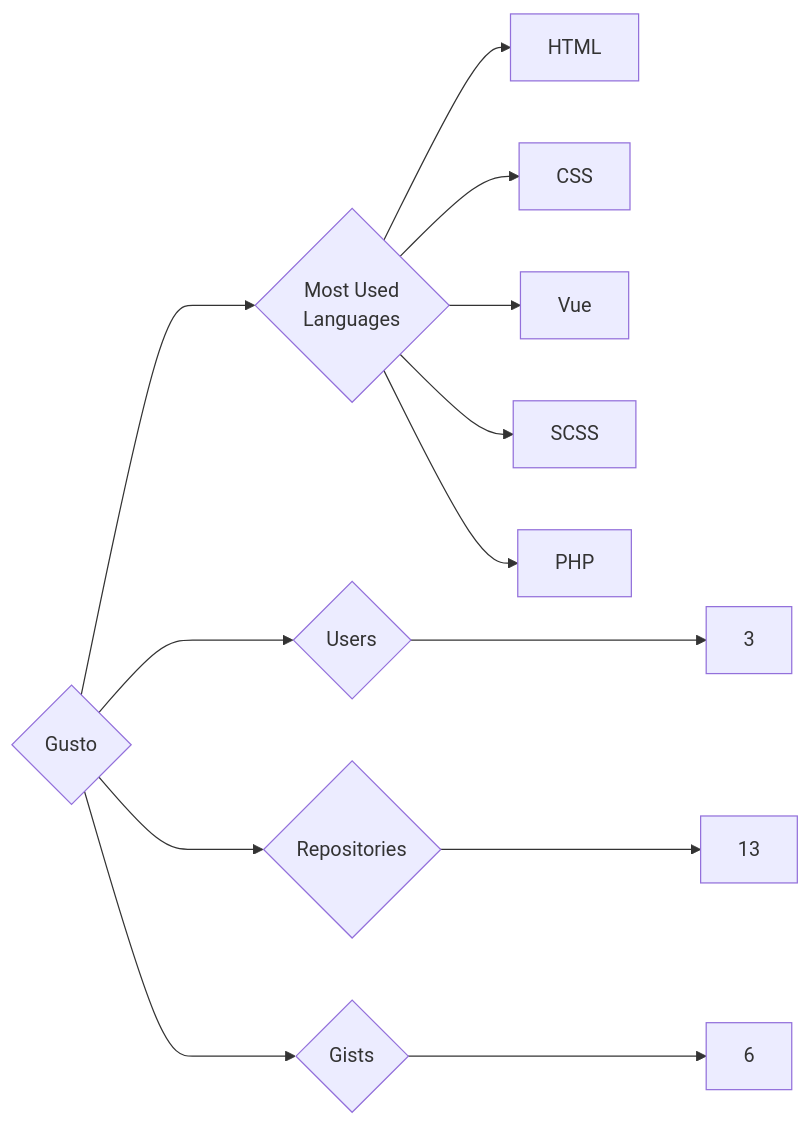
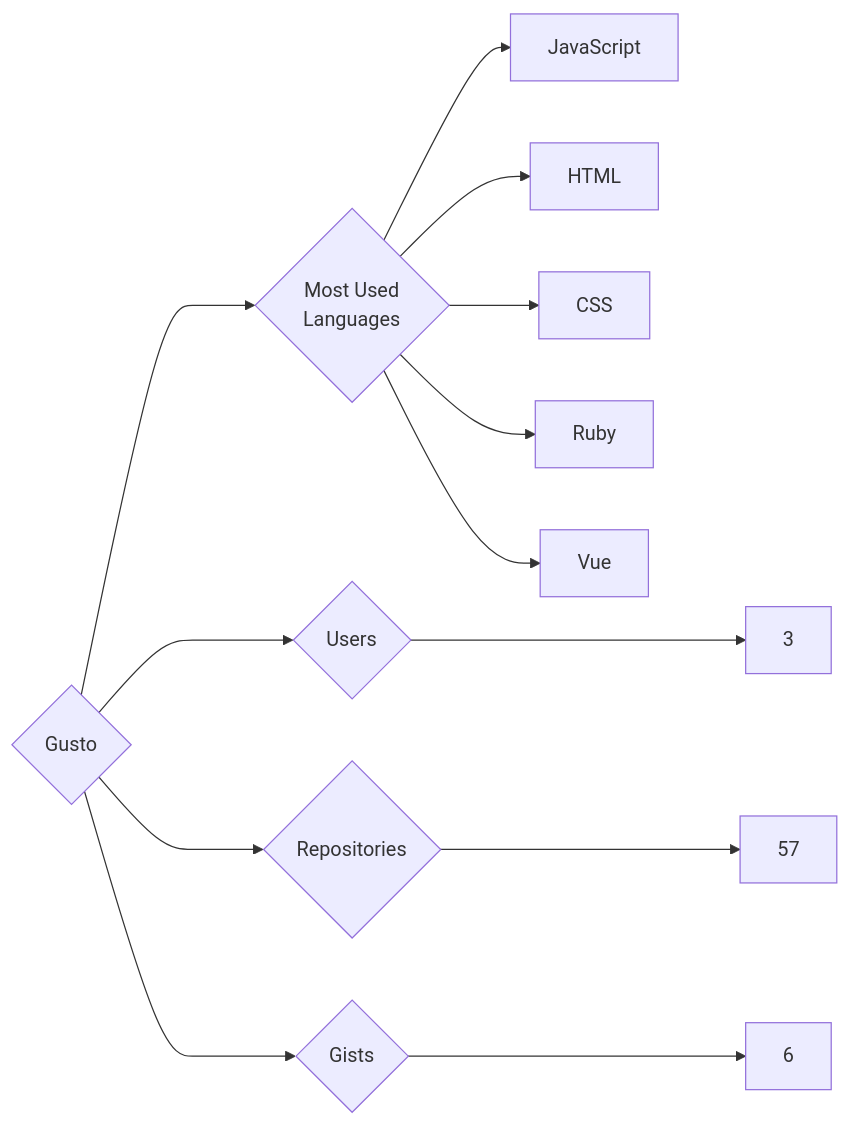
Before and after one commit to trickest/insiders: the diagram in targets/Gusto/README.md, drawn with Mermaid. The commit also changed 1088 other files, not shown here.

````diff
--- a/targets/Gusto/README.md
+++ b/targets/Gusto/README.md
@@ -3,13 +3,13 @@
 ```mermaid
 graph LR
 COMPANY_NAME{Gusto}
 COMPANY_NAME ---> U{Users} ---> UN[3]
-COMPANY_NAME ---> R{Repositories} ---> RN[13]
+COMPANY_NAME ---> R{Repositories} ---> RN[57]
 COMPANY_NAME ---> G{Gists} ---> GN[6]
 COMPANY_NAME ---> ML{Most Used<br>Languages}
+ML --> JavaScript[JavaScript]
 ML --> HTML[HTML]
 ML --> CSS[CSS]
+ML --> Ruby[Ruby]
 ML --> Vue[Vue]
-ML --> SCSS[SCSS]
-ML --> PHP[PHP]
 ```
````
